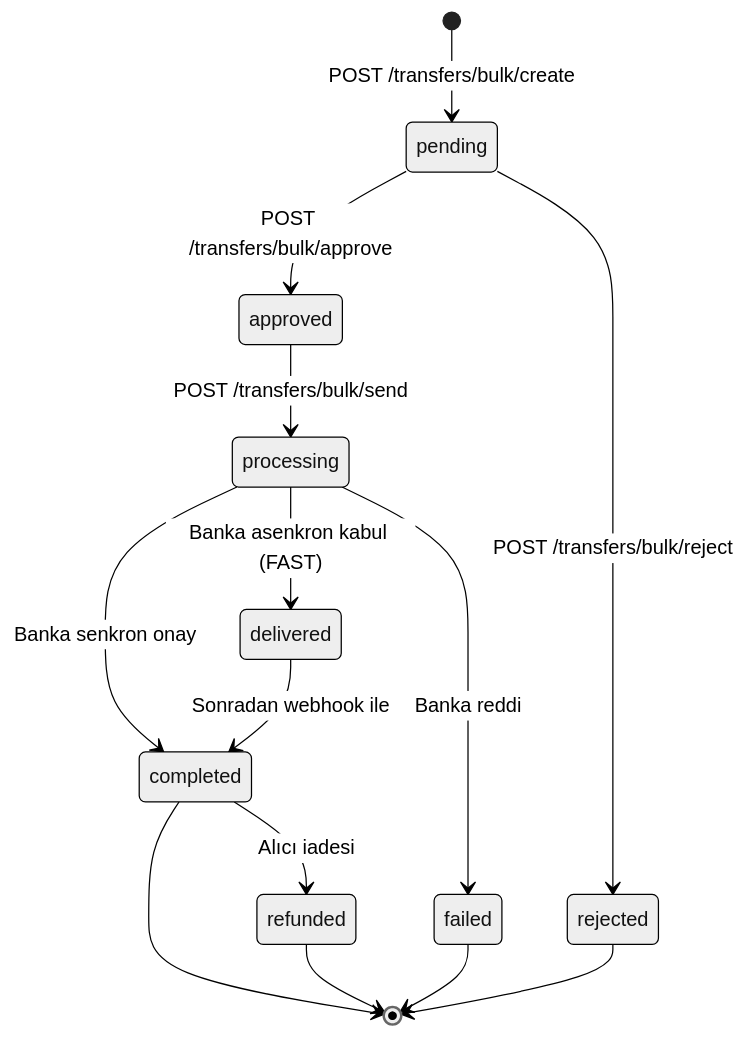
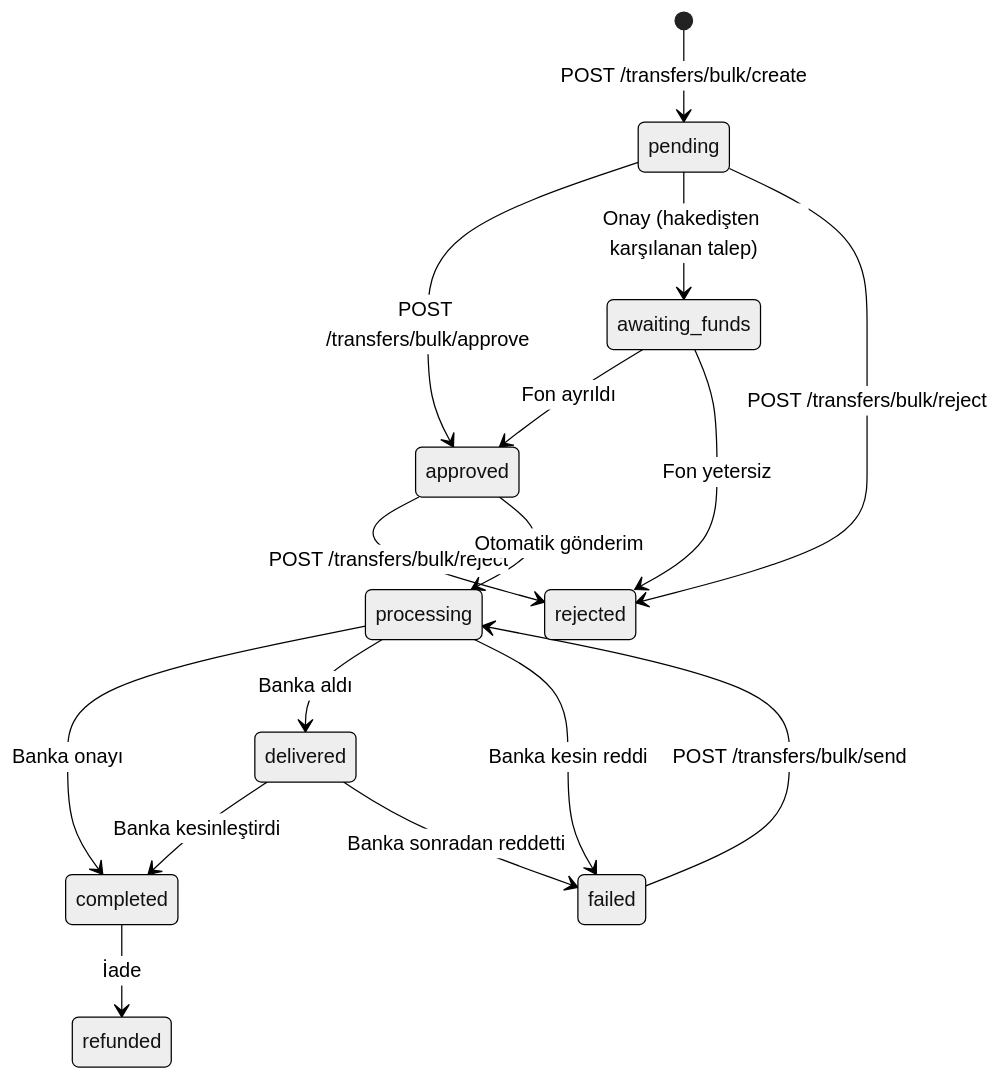
Before and after one commit to payment-pos/mintlify: the diagram in para-transferi/transfer-object.mdx, drawn with Mermaid (neutral theme). The commit also changed other lines of this file and 13 other files, not shown here.

````diff
--- a/para-transferi/transfer-object.mdx
+++ b/para-transferi/transfer-object.mdx
@@ -116,16 +118,18 @@
 ```mermaid
 stateDiagram-v2
     [*] --> pending: POST /transfers/bulk/create
     pending --> approved: POST /transfers/bulk/approve
+    pending --> awaiting_funds: Onay (hakedişten karşılanan talep)
+    awaiting_funds --> approved: Fon ayrıldı
+    awaiting_funds --> rejected: Fon yetersiz
     pending --> rejected: POST /transfers/bulk/reject
-    approved --> processing: POST /transfers/bulk/send
-    processing --> completed: Banka senkron onay
-    processing --> delivered: Banka asenkron kabul (FAST)
-    processing --> failed: Banka reddi
-    delivered --> completed: Sonradan webhook ile
-    completed --> refunded: Alıcı iadesi
-    completed --> [*]
-    refunded --> [*]
-    failed --> [*]
-    rejected --> [*]
+    approved --> rejected: POST /transfers/bulk/reject
+    approved --> processing: Otomatik gönderim
+    processing --> completed: Banka onayı
+    processing --> delivered: Banka aldı
+    processing --> failed: Banka kesin reddi
+    delivered --> completed: Banka kesinleştirdi
+    delivered --> failed: Banka sonradan reddetti
+    failed --> processing: POST /transfers/bulk/send
+    completed --> refunded: İade
 ```
````
